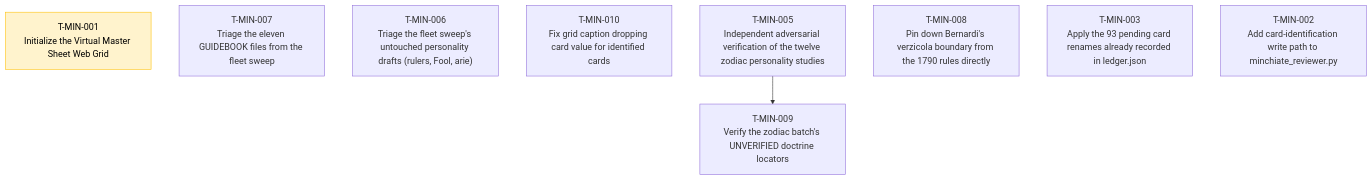
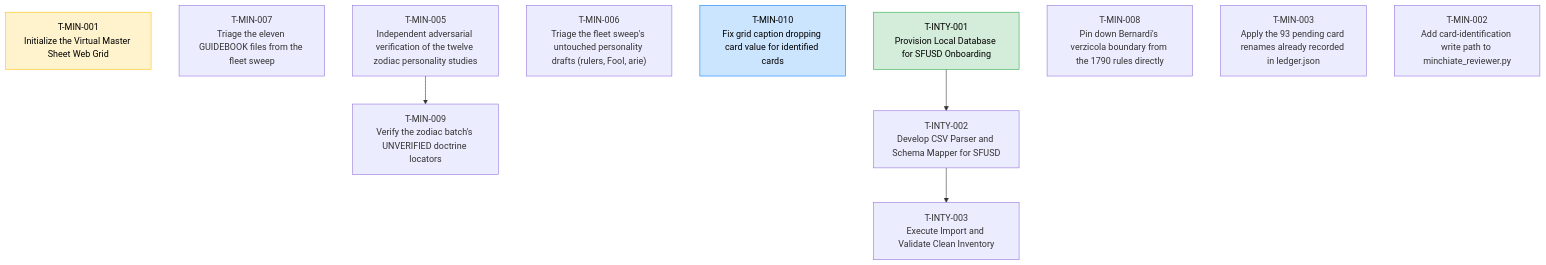
Before and after one commit to wgmilleriii/task_coordinator: the diagram in TASKS.md, drawn with Mermaid. The commit also changed other lines of this file and 1 other file, not shown here.

Commit message:
worker: claim T-MIN-010

````diff
--- a/TASKS.md
+++ b/TASKS.md
@@ -7,17 +7,22 @@
 ```mermaid
 graph TD
     classDef done fill:#d4edda,stroke:#28a745,color:#000;
     classDef blocked fill:#f8d7da,stroke:#dc3545,color:#000;
     classDef review fill:#fff3cd,stroke:#ffc107,color:#000;
     classDef active fill:#cce5ff,stroke:#007bff,color:#000;
     T-MIN-001["T-MIN-001<br/>Initialize the Virtual Master Sheet Web Grid"]:::review
     T-MIN-007["T-MIN-007<br/>Triage the eleven GUIDEBOOK files from the fleet sweep"]
+    T-INTY-001["T-INTY-001<br/>Provision Local Database for SFUSD Onboarding"]:::done
     T-MIN-006["T-MIN-006<br/>Triage the fleet sweep's untouched personality drafts (rulers, Fool, arie)"]
-    T-MIN-010["T-MIN-010<br/>Fix grid caption dropping card value for identified cards"]
+    T-MIN-010["T-MIN-010<br/>Fix grid caption dropping card value for identified cards"]:::active
     T-MIN-005["T-MIN-005<br/>Independent adversarial verification of the twelve zodiac personality studies"]
     T-MIN-009["T-MIN-009<br/>Verify the zodiac batch's UNVERIFIED doctrine locators"]
     T-MIN-005 --> T-MIN-009
+    T-INTY-003["T-INTY-003<br/>Execute Import and Validate Clean Inventory"]
+    T-INTY-002 --> T-INTY-003
+    T-INTY-002["T-INTY-002<br/>Develop CSV Parser and Schema Mapper for SFUSD"]
+    T-INTY-001 --> T-INTY-002
     T-MIN-008["T-MIN-008<br/>Pin down Bernardi's verzicola boundary from the 1790 rules directly"]
     T-MIN-003["T-MIN-003<br/>Apply the 93 pending card renames already recorded in ledger.json"]
     T-MIN-002["T-MIN-002<br/>Add card-identification write path to minchiate_reviewer.py"]
 ```
````
